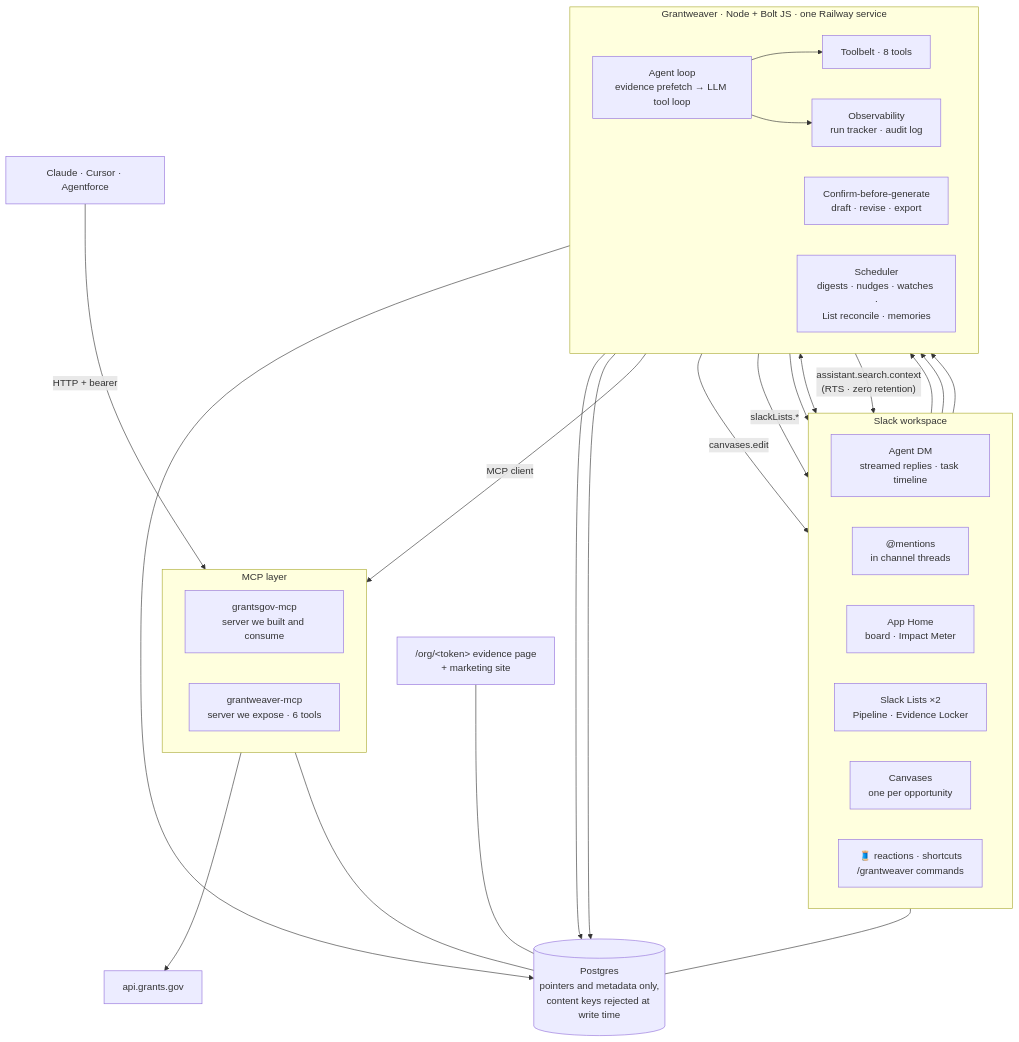
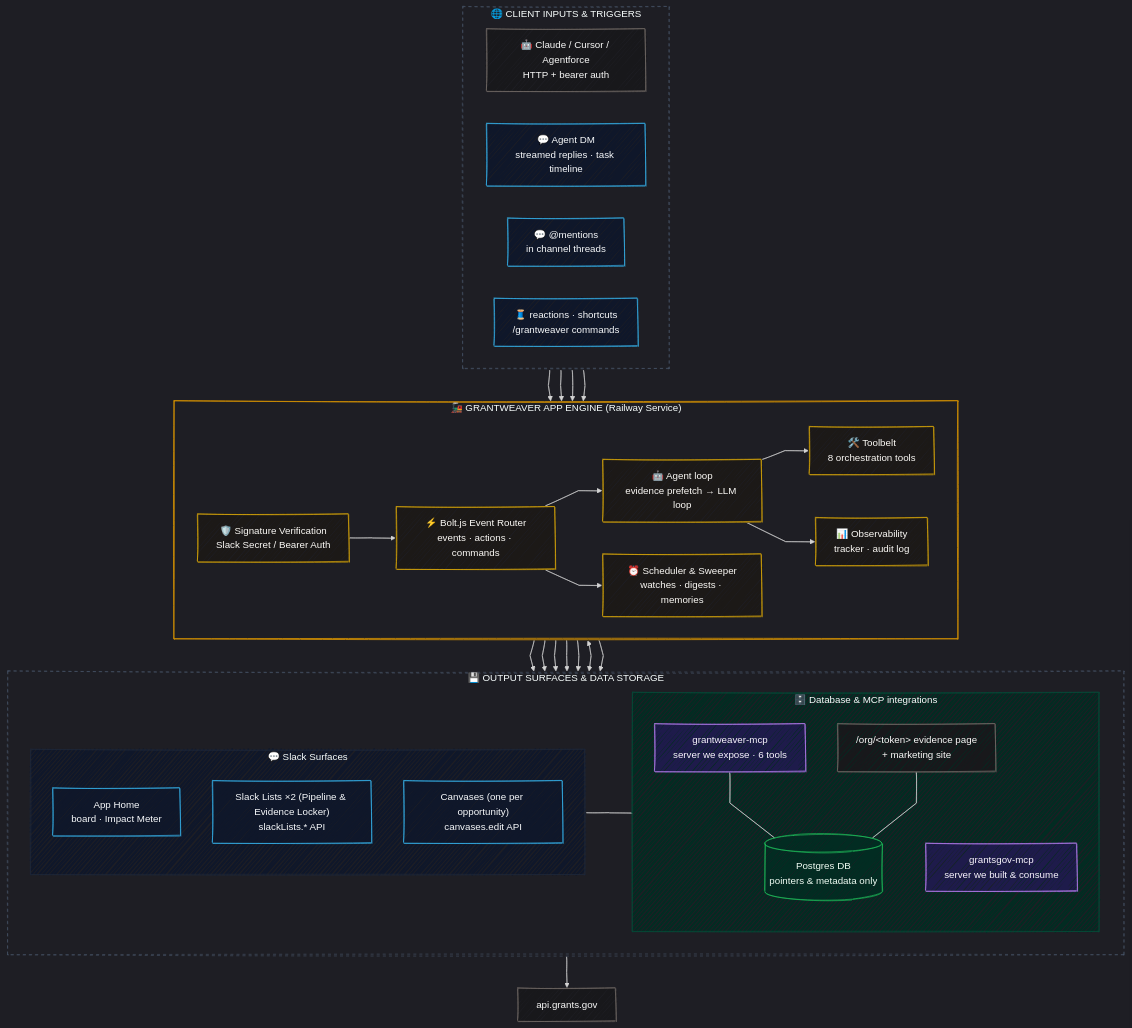
Before and after one commit to wafflebytes/Grantweaver: the first of 2 diagrams in README.md, drawn with Mermaid. The commit also changed other lines of this file and 2 other files, not shown here.

Commit message:
Clean up README.md architecture diagram into columns and add styling

````diff
--- a/README.md
+++ b/README.md
@@ -153,50 +153,88 @@
 ```mermaid
+%%{init: {'theme': 'dark', 'look': 'handDrawn', 'flowchart': {'curve': 'linear'}}}%%
 flowchart TB
-  subgraph SLACK["Slack workspace"]
+  %% Layer 1: Inputs
+  subgraph INPUTS["🌐 CLIENT INPUTS & TRIGGERS"]
     direction LR
-    DM["Agent DM<br/>streamed replies · task timeline"]
-    MEN["@mentions<br/>in channel threads"]
-    HOME["App Home<br/>board · Impact Meter"]
-    LISTS["Slack Lists ×2<br/>Pipeline · Evidence Locker"]
-    CANVAS["Canvases<br/>one per opportunity"]
+    EXT["🤖 Claude / Cursor / Agentforce<br/>HTTP + bearer auth"]
+    DM["💬 Agent DM<br/>streamed replies · task timeline"]
+    MEN["💬 @mentions<br/>in channel threads"]
     RX["🧵 reactions · shortcuts<br/>/grantweaver commands"]
   end
 
-  subgraph APP["Grantweaver · Node + Bolt JS · one Railway service"]
+  %% Layer 2: Engine
+  subgraph ENGINE["🚂 GRANTWEAVER APP ENGINE (Railway Service)"]
     direction LR
-    LOOP["Agent loop<br/>evidence prefetch → LLM tool loop"]
-    TOOLS["Toolbelt · 8 tools"]
-    INTENTS["Confirm-before-generate<br/>draft · revise · export"]
-    CRON["Scheduler<br/>digests · nudges · watches ·<br/>List reconcile · memories"]
-    OBS["Observability<br/>run tracker · audit log"]
+    VERIFY["🛡️ Signature Verification<br/>Slack Secret / Bearer Auth"]
+    ROUTER["⚡ Bolt.js Event Router<br/>events · actions · commands"]
+    LOOP["🤖 Agent loop<br/>evidence prefetch → LLM loop"]
+    TOOLS["🛠️ Toolbelt<br/>8 orchestration tools"]
+    CRON["⏰ Scheduler & Sweeper<br/>watches · digests · memories"]
+    OBS["📊 Observability<br/>tracker · audit log"]
   end
 
-  DB[("Postgres<br/>pointers and metadata only,<br/>content keys rejected at write time")]
-
-  subgraph MCP["MCP layer"]
+  %% Layer 3: Outputs
+  subgraph OUTPUTS["💾 OUTPUT SURFACES & DATA STORAGE"]
     direction LR
-    GG["grantsgov-mcp<br/>server we built and consume"]
-    GW["grantweaver-mcp<br/>server we expose · 6 tools"]
+    subgraph SURFACES["💬 Slack Surfaces"]
+      direction TB
+      HOME["App Home<br/>board · Impact Meter"]
+      LISTS["Slack Lists ×2 (Pipeline & Evidence Locker)<br/>slackLists.* API"]
+      CANVAS["Canvases (one per opportunity)<br/>canvases.edit API"]
+    end
+    
+    subgraph STORAGE["🗄️ Database & MCP integrations"]
+      direction TB
+      DB[("Postgres DB<br/>pointers & metadata only")]
+      WEB["/org/&lt;token&gt; evidence page<br/>+ marketing site"]
+      GW["grantweaver-mcp<br/>server we expose · 6 tools"]
+      GG["grantsgov-mcp<br/>server we built & consume"]
+    end
   end
 
   GOV["api.grants.gov"]
-  WEB["/org/&lt;token&gt; evidence page<br/>+ marketing site"]
-  EXT["Claude · Cursor · Agentforce"]
 
-  DM --> LOOP
-  MEN --> LOOP
-  RX --> INTENTS
+  %% Class styling for clean dark mode
+  classDef slack fill:#0f172a,stroke:#38bdf8,stroke-width:1px,color:#f8fafc;
+  classDef app fill:#1c1917,stroke:#eab308,stroke-width:1px,color:#fdfbf7;
+  classDef mcp fill:#1e1b4b,stroke:#c084fc,stroke-width:1px,color:#faf5ff;
+  classDef db fill:#022c22,stroke:#22c55e,stroke-width:1px,color:#f0fdf4;
+  classDef ext fill:#18181b,stroke:#78716c,stroke-width:1px,color:#fafaf9;
+
+  class DM,MEN,RX,HOME,LISTS,CANVAS slack;
+  class VERIFY,ROUTER,LOOP,TOOLS,CRON,OBS app;
+  class GG,GW mcp;
+  class DB db;
+  class EXT,GOV,WEB ext;
+
+  %% Subgraph styling
+  style INPUTS fill:transparent,stroke:#475569,stroke-width:1px,stroke-dasharray: 5 5
+  style ENGINE fill:transparent,stroke:#ca8a04,stroke-width:1.5px
+  style OUTPUTS fill:transparent,stroke:#475569,stroke-width:1px,stroke-dasharray: 5 5
+  style SURFACES fill:#0f172a,stroke:#1e293b,stroke-width:1px
+  style STORAGE fill:#022c22,stroke:#064e3b,stroke-width:1px
+
+  %% Connections (Top to Middle)
+  DM --> VERIFY
+  MEN --> VERIFY
+  RX --> VERIFY
+  EXT --> VERIFY
+  
+  VERIFY --> ROUTER
+  ROUTER --> LOOP
+  ROUTER --> CRON
   LOOP --> TOOLS
-  TOOLS -- "assistant.search.context<br/>(RTS · zero retention)" --> SLACK
-  TOOLS -- "MCP client" --> GG --> GOV
-  TOOLS -- "canvases.edit" --> CANVAS
-  TOOLS -- "slackLists.*" --> LISTS
+  LOOP --> OBS
+
+  %% Connections (Middle to Bottom)
+  TOOLS --> CANVAS
+  TOOLS --> LISTS
   TOOLS --> DB
-  INTENTS --> CANVAS
+  TOOLS --> GG --> GOV
+  OBS --> DB
   CRON <--> LISTS
   CRON --> DB
-  LOOP --> OBS --> DB
+  GW --- DB
   HOME --- DB
   WEB --- DB
-  EXT -- "HTTP + bearer" --> GW --- DB
 ```
````
